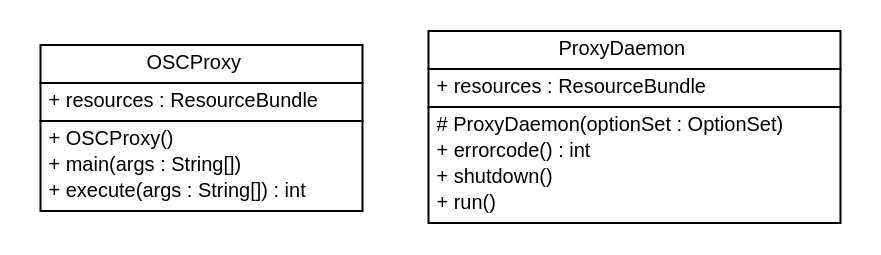
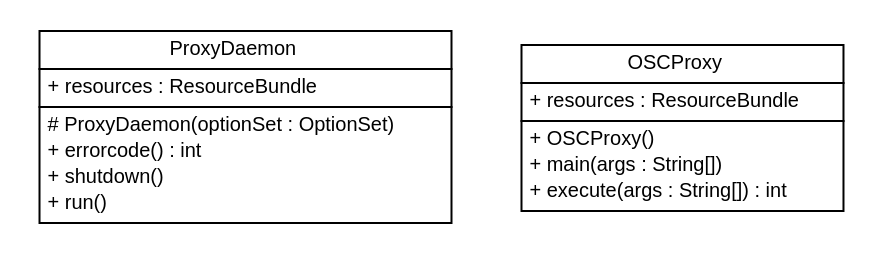
The diagram in apidocs/com/xley/lfosc/com.xley.lfosc.dot (pcross616/lf-osc-proxy), drawn with Graphviz before and after one commit. The commit also changed 80 other files, not shown here.

```diff
--- a/apidocs/com/xley/lfosc/com.xley.lfosc.dot
+++ b/apidocs/com/xley/lfosc/com.xley.lfosc.dot
@@ -1,41 +1,41 @@
 #!/usr/local/bin/dot
 #
 # Class diagram 
 # Generated by UMLGraph version R5_6 (http://www.umlgraph.org/)
 #
 
 digraph G {
 	edge [fontname="Helvetica",fontsize=10,labelfontname="Helvetica",labelfontsize=10];
 	node [fontname="Helvetica",fontsize=10,shape=plaintext];
 	nodesep=0.25;
 	ranksep=0.5;
-	// com.xley.lfosc.OSCProxy
-	c19 [label=<<table title="com.xley.lfosc.OSCProxy" border="0" cellborder="1" cellspacing="0" cellpadding="2" port="p" href="./OSCProxy.html">
-		<tr><td><table border="0" cellspacing="0" cellpadding="1">
-<tr><td align="center" balign="center"> OSCProxy </td></tr>
-		</table></td></tr>
-		<tr><td><table border="0" cellspacing="0" cellpadding="1">
-<tr><td align="left" balign="left"> + resources : ResourceBundle </td></tr>
-		</table></td></tr>
-		<tr><td><table border="0" cellspacing="0" cellpadding="1">
-<tr><td align="left" balign="left"> + OSCProxy() </td></tr>
-<tr><td align="left" balign="left"> + main(args : String[]) </td></tr>
-<tr><td align="left" balign="left"> + execute(args : String[]) : int </td></tr>
-		</table></td></tr>
-		</table>>, URL="./OSCProxy.html", fontname="Helvetica", fontcolor="black", fontsize=10.0];
 	// com.xley.lfosc.ProxyDaemon
-	c20 [label=<<table title="com.xley.lfosc.ProxyDaemon" border="0" cellborder="1" cellspacing="0" cellpadding="2" port="p" href="./ProxyDaemon.html">
+	c8 [label=<<table title="com.xley.lfosc.ProxyDaemon" border="0" cellborder="1" cellspacing="0" cellpadding="2" port="p" href="./ProxyDaemon.html">
 		<tr><td><table border="0" cellspacing="0" cellpadding="1">
 <tr><td align="center" balign="center"> ProxyDaemon </td></tr>
 		</table></td></tr>
 		<tr><td><table border="0" cellspacing="0" cellpadding="1">
 <tr><td align="left" balign="left"> + resources : ResourceBundle </td></tr>
 		</table></td></tr>
 		<tr><td><table border="0" cellspacing="0" cellpadding="1">
 <tr><td align="left" balign="left"> # ProxyDaemon(optionSet : OptionSet) </td></tr>
 <tr><td align="left" balign="left"> + errorcode() : int </td></tr>
 <tr><td align="left" balign="left"> + shutdown() </td></tr>
 <tr><td align="left" balign="left"> + run() </td></tr>
 		</table></td></tr>
 		</table>>, URL="./ProxyDaemon.html", fontname="Helvetica", fontcolor="black", fontsize=10.0];
+	// com.xley.lfosc.OSCProxy
+	c9 [label=<<table title="com.xley.lfosc.OSCProxy" border="0" cellborder="1" cellspacing="0" cellpadding="2" port="p" href="./OSCProxy.html">
+		<tr><td><table border="0" cellspacing="0" cellpadding="1">
+<tr><td align="center" balign="center"> OSCProxy </td></tr>
+		</table></td></tr>
+		<tr><td><table border="0" cellspacing="0" cellpadding="1">
+<tr><td align="left" balign="left"> + resources : ResourceBundle </td></tr>
+		</table></td></tr>
+		<tr><td><table border="0" cellspacing="0" cellpadding="1">
+<tr><td align="left" balign="left"> + OSCProxy() </td></tr>
+<tr><td align="left" balign="left"> + main(args : String[]) </td></tr>
+<tr><td align="left" balign="left"> + execute(args : String[]) : int </td></tr>
+		</table></td></tr>
+		</table>>, URL="./OSCProxy.html", fontname="Helvetica", fontcolor="black", fontsize=10.0];
 }
```
